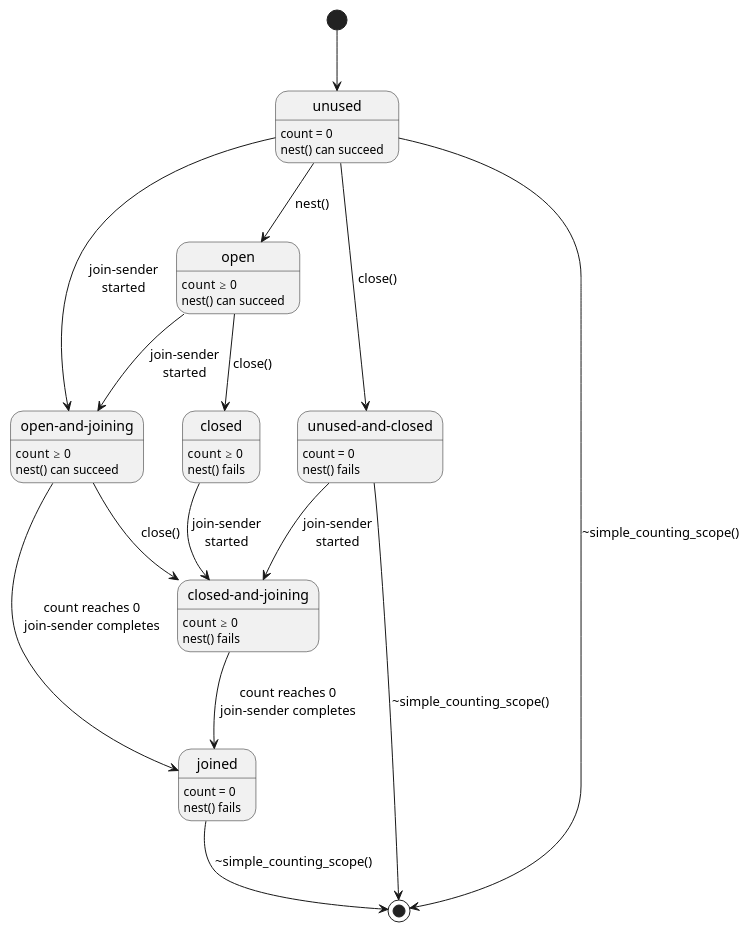
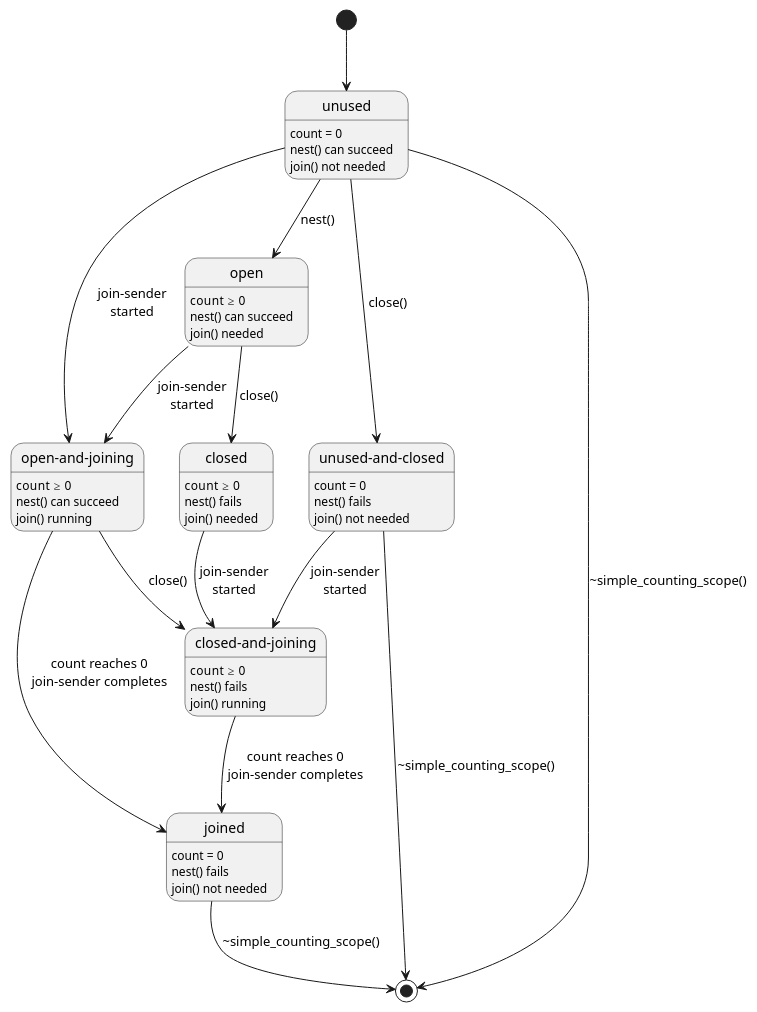
One commit to ispeters/async_scope changed the diagram in asyncscope.md. Above: the diagram before and after it, drawn with PlantUML. The commit also changed other lines of this file, not shown here.

````diff
--- a/asyncscope.md
+++ b/asyncscope.md
@@ -1244,49 +1244,56 @@
 ```plantuml
 @startuml
 state unused {
 }
 state open {
 }
 state closed {
 }
 state "open-and-joining" as open_and_joining {
 }
 state "closed-and-joining" as closed_and_joining {
 }
 state "unused-and-closed" as unused_and_closed {
 }
 state joined {
 }
 
 unused : count = 0
 unused : nest() can succeed
+unused : join() not needed
 open : count ≥ 0
 open : nest() can succeed
+open : join() needed
 closed : count ≥ 0
 closed : nest() fails
+closed : join() needed
 open_and_joining : count ≥ 0
 open_and_joining : nest() can succeed
+open_and_joining : join() running
 closed_and_joining : count ≥ 0
 closed_and_joining : nest() fails
+closed_and_joining : join() running
 unused_and_closed : count = 0
 unused_and_closed : nest() fails
+unused_and_closed : join() not needed
 joined : count = 0
 joined : nest() fails
+joined : join() not needed
 
 [*] --> unused
 unused --> open : nest()
 unused --> unused_and_closed : close()
 unused --> open_and_joining : join-sender\nstarted
 open --> closed : close()
 open --> open_and_joining : join-sender\nstarted
 closed --> closed_and_joining : join-sender\nstarted
 open_and_joining --> closed_and_joining : close()
 unused_and_closed --> closed_and_joining : join-sender\nstarted
 closed_and_joining --> joined : count reaches 0\njoin-sender completes
 open_and_joining --> joined : count reaches 0\njoin-sender completes
 joined --> [*] : \~simple_counting_scope()
 unused_and_closed --> [*] : \~simple_counting_scope()
 unused --> [*] : \~simple_counting_scope()
 
 @enduml
 ```
````
